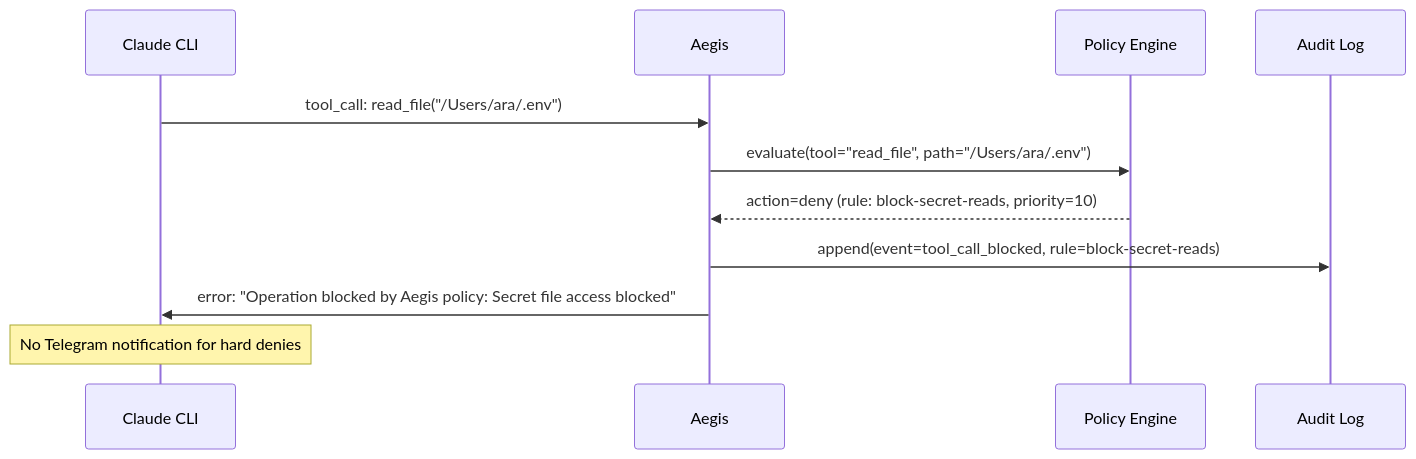
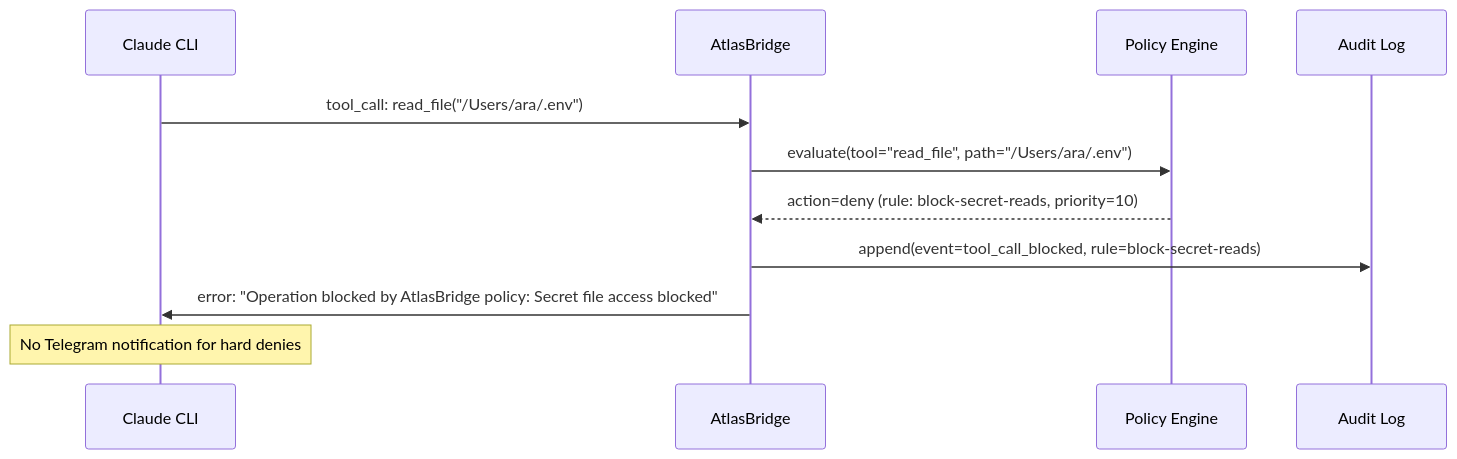
Before and after one commit to abdulraoufatia/aegis-cli: the fifth of 8 diagrams in docs/tool-interception-design.md, drawn with Mermaid. The commit also changed other lines of this file and 171 other files, not shown here.

First line of the commit message:
chore: rename project Aegis → AtlasBridge

````diff
--- a/docs/tool-interception-design.md
+++ b/docs/tool-interception-design.md
@@ -260,14 +260,14 @@
 ```mermaid
 sequenceDiagram
     participant C as Claude CLI
-    participant A as Aegis
+    participant A as AtlasBridge
     participant P as Policy Engine
     participant AL as Audit Log
 
     C->>A: tool_call: read_file("/Users/ara/.env")
     A->>P: evaluate(tool="read_file", path="/Users/ara/.env")
     P-->>A: action=deny (rule: block-secret-reads, priority=10)
     A->>AL: append(event=tool_call_blocked, rule=block-secret-reads)
-    A->>C: error: "Operation blocked by Aegis policy: Secret file access blocked"
+    A->>C: error: "Operation blocked by AtlasBridge policy: Secret file access blocked"
     Note over C: No Telegram notification for hard denies
 ```
````
